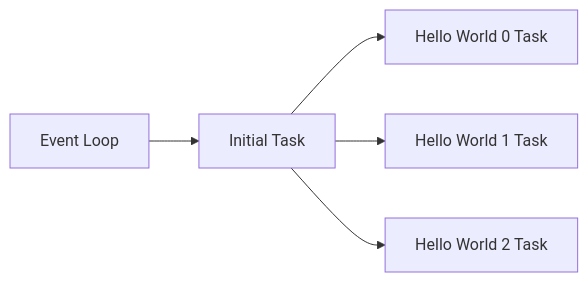
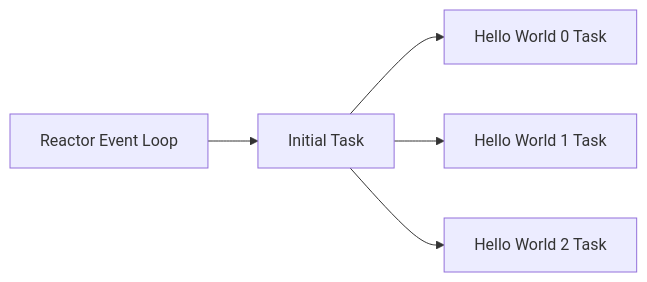
Before and after one commit to socketry/async: the third of 3 diagrams in guides/asynchronous-tasks/readme.md, drawn with Mermaid. The commit also changed other lines of this file, not shown here.

````diff
--- a/guides/asynchronous-tasks/readme.md
+++ b/guides/asynchronous-tasks/readme.md
@@ -78,8 +78,8 @@
 ```mermaid
 graph LR
-	EL[Event Loop] --> TT[Initial Task]
+	REL[Reactor Event Loop] --> TT[Initial Task]
 	
 	TT --> H0[Hello World 0 Task]
 	TT --> H1[Hello World 1 Task]
 	TT --> H2[Hello World 2 Task]
 ```
````
